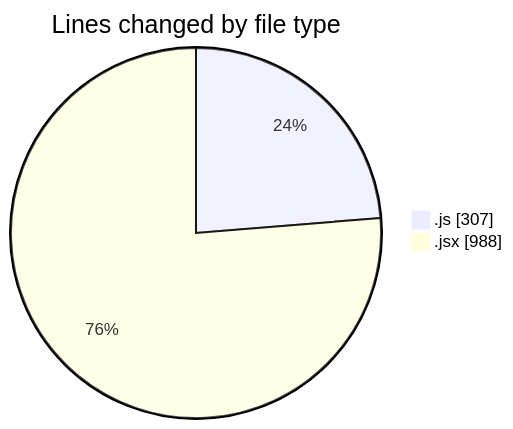
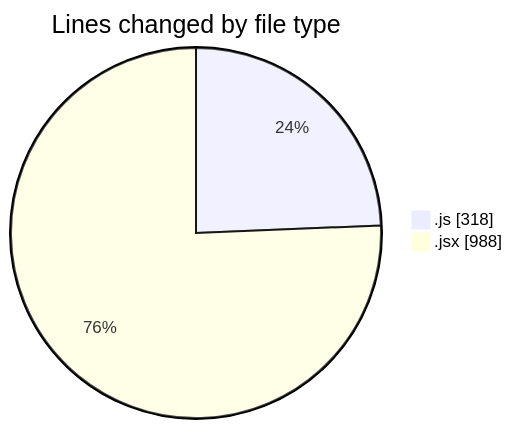
Before and after one commit to nxtqubesakshisongat/code-tracking: the first of 2 diagrams in 2025-11-12/argos/README.md, drawn with Mermaid. The commit also changed other lines of this file and 1 other file, not shown here.

````diff
--- a/2025-11-12/argos/README.md
+++ b/2025-11-12/argos/README.md
@@ -22,6 +22,6 @@
 ```mermaid
 pie showData
 title Lines changed by file type
-".js" : 307
+".js" : 318
 ".jsx" : 988
 ```
````
